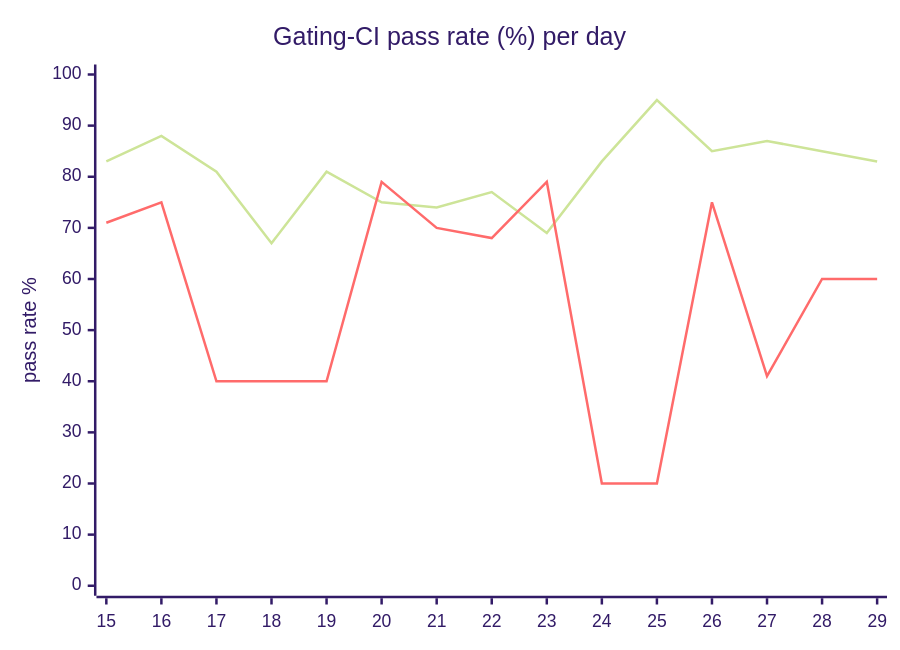
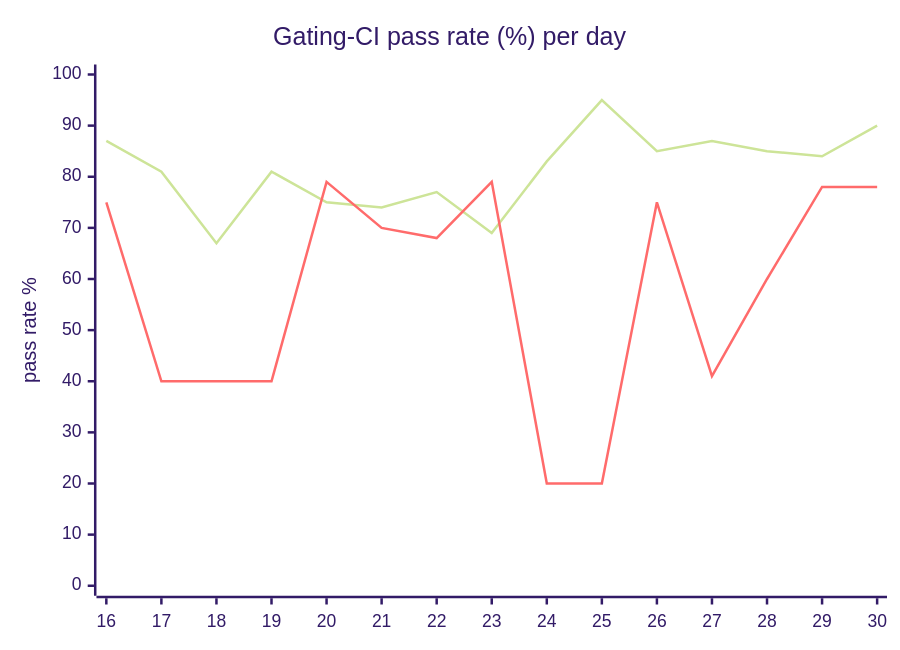
One commit to hatchet-dev/hatchet changed the diagram in hack/ci/ci-dashboard/staging/issue.md. Above: the diagram before and after it, drawn with Mermaid (forest theme). The commit also changed other lines of this file, not shown here.

````diff
--- a/hack/ci/ci-dashboard/staging/issue.md
+++ b/hack/ci/ci-dashboard/staging/issue.md
@@ -9,8 +9,8 @@
 ```mermaid
 xychart-beta
   title "Gating-CI pass rate (%) per day"
-  x-axis [15, 16, 17, 18, 19, 20, 21, 22, 23, 24, 25, 26, 27, 28, 29]
+  x-axis [16, 17, 18, 19, 20, 21, 22, 23, 24, 25, 26, 27, 28, 29, 30]
   y-axis "pass rate %" 0 --> 100
-  line "CI" [83, 88, 81, 67, 81, 75, 74, 77, 69, 83, 95, 85, 87, 85, 83]
-  line "main" [71, 75, 40, 40, 40, 79, 70, 68, 79, 20, 20, 75, 41, 60, 60]
+  line "CI" [87, 81, 67, 81, 75, 74, 77, 69, 83, 95, 85, 87, 85, 84, 90]
+  line "main" [75, 40, 40, 40, 79, 70, 68, 79, 20, 20, 75, 41, 60, 78, 78]
 ```
````
